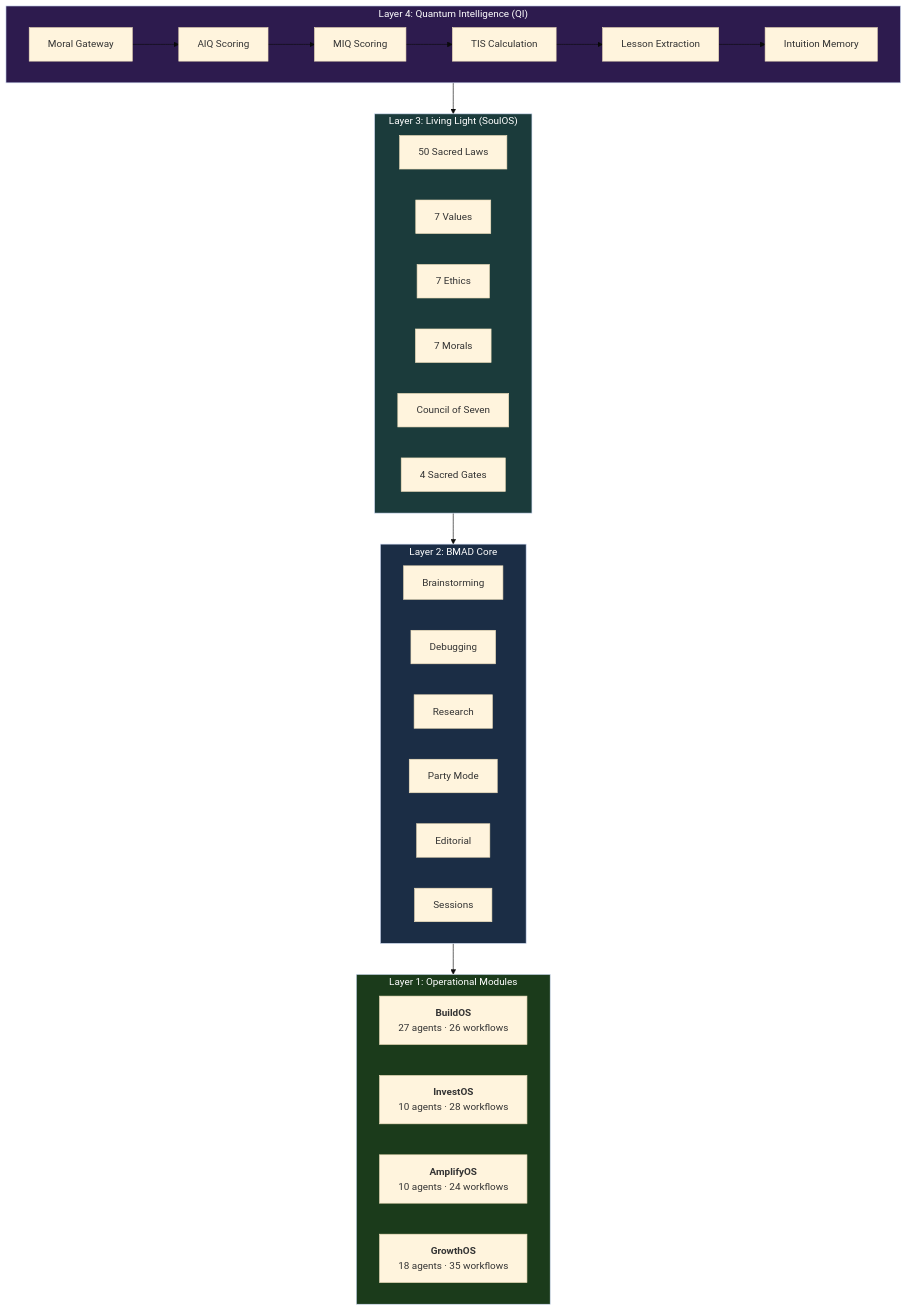
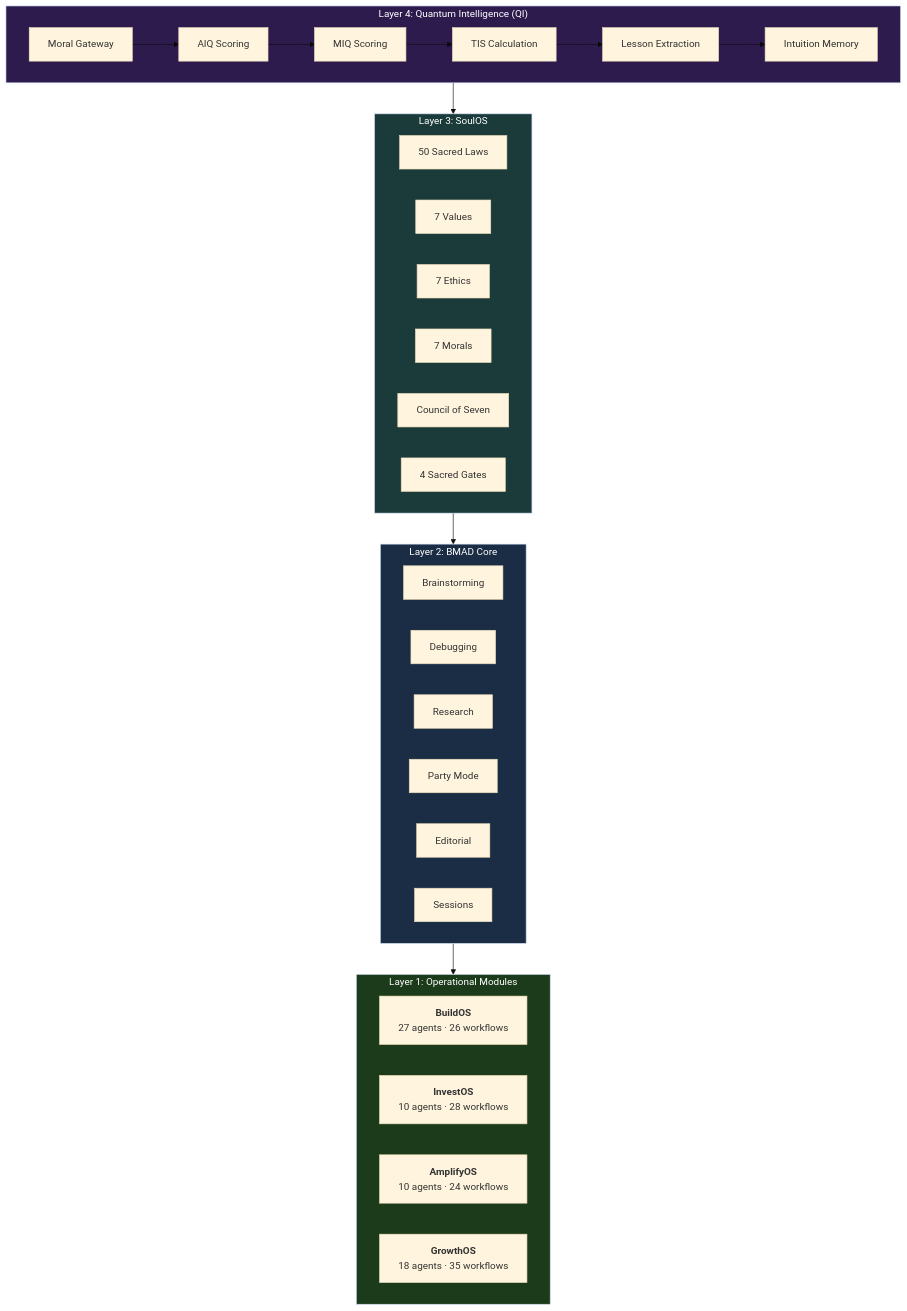
The first of 13 diagrams in docs/SYSTEM-ARCHITECTURE.md (Light-Brands/qie), drawn with Mermaid (base theme) before and after one commit. The commit also changed other lines of this file and 4 other files, not shown here.

First line of the commit message:
Fix Mermaid diagram label truncation across all docs

````diff
--- a/docs/SYSTEM-ARCHITECTURE.md
+++ b/docs/SYSTEM-ARCHITECTURE.md
@@ -23,48 +23,48 @@
 ```mermaid
 graph TB
     subgraph L4["Layer 4: Quantum Intelligence (QI)"]
         direction LR
         QI_MG["Moral Gateway"]
         QI_AIQ["AIQ Scoring"]
         QI_MIQ["MIQ Scoring"]
         QI_TIS["TIS Calculation"]
         QI_LE["Lesson Extraction"]
         QI_IM["Intuition Memory"]
         QI_MG --> QI_AIQ --> QI_MIQ --> QI_TIS
         QI_TIS --> QI_LE --> QI_IM
     end
 
-    subgraph L3["Layer 3: Living Light (SoulOS)"]
+    subgraph L3["Layer 3: SoulOS"]
         direction LR
         SOS_L["50 Sacred Laws"]
         SOS_V["7 Values"]
         SOS_E["7 Ethics"]
         SOS_M["7 Morals"]
         SOS_C["Council of Seven"]
         SOS_G["4 Sacred Gates"]
     end
 
     subgraph L2["Layer 2: BMAD Core"]
         direction LR
         C_B["Brainstorming"]
         C_D["Debugging"]
         C_R["Research"]
         C_P["Party Mode"]
         C_E["Editorial"]
         C_S["Sessions"]
     end
 
     subgraph L1["Layer 1: Operational Modules"]
         BMM["<b>BuildOS</b><br/>27 agents · 26 workflows"]
         IOS["<b>InvestOS</b><br/>10 agents · 28 workflows"]
         AOS["<b>AmplifyOS</b><br/>10 agents · 24 workflows"]
         GOS["<b>GrowthOS</b><br/>18 agents · 35 workflows"]
     end
 
     L4 --> L3 --> L2 --> L1
 
     style L4 fill:#2d1b4e,color:#fff
     style L3 fill:#1b3b3b,color:#fff
     style L2 fill:#1b2d45,color:#fff
     style L1 fill:#1b3b1b,color:#fff
 ```
````
